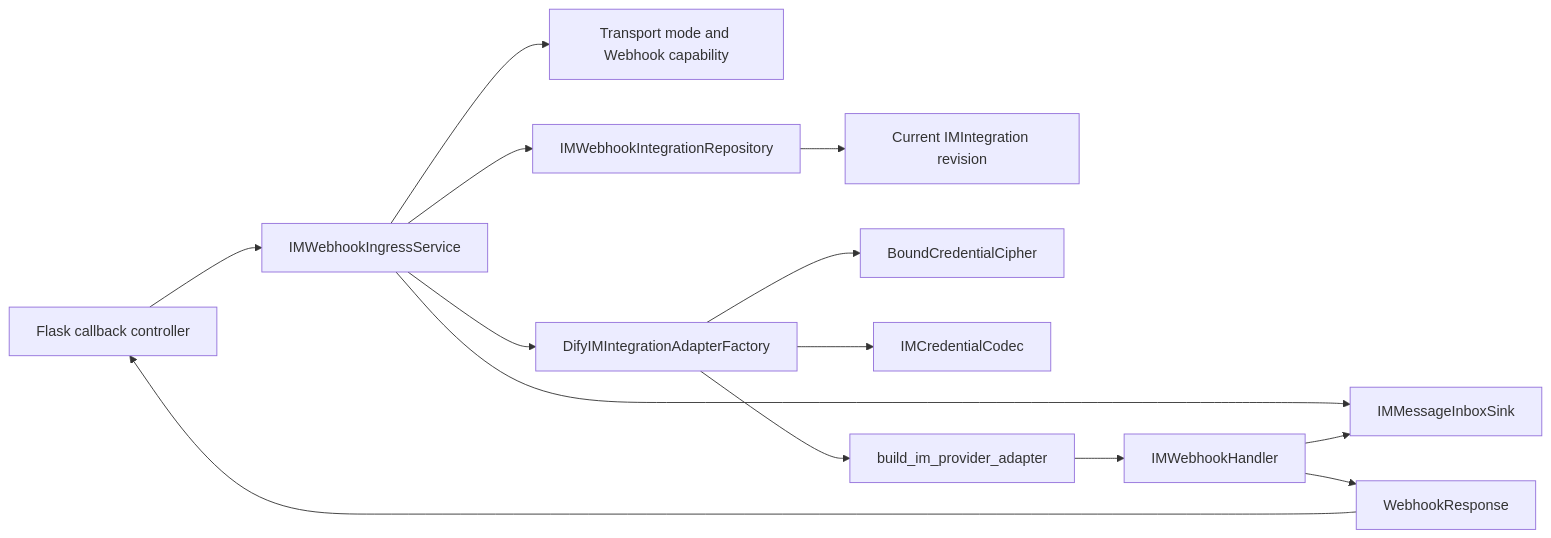
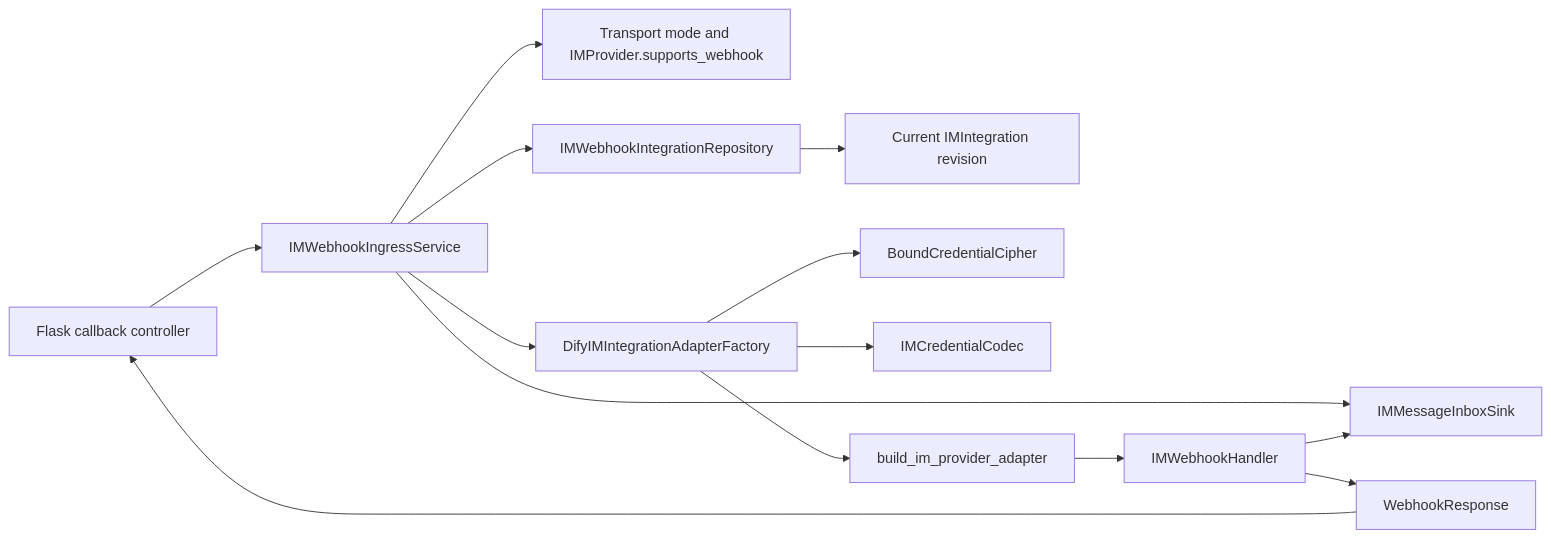
One commit to langgenius/dify changed the diagram in openspec/changes/add-im-provider-webhook-ingress/design.md. Above: the diagram before and after it, drawn with Mermaid. The commit also changed other lines of this file and 4 other files, not shown here.

Commit message:
docs(openspec): refine IM webhook capability handling

````diff
--- a/openspec/changes/add-im-provider-webhook-ingress/design.md
+++ b/openspec/changes/add-im-provider-webhook-ingress/design.md
@@ -93,16 +95,16 @@
 ```mermaid
 flowchart LR
     HTTP["Flask callback controller"] --> Service["IMWebhookIngressService"]
-    Service --> Mode["Transport mode and Webhook capability"]
+    Service --> Mode["Transport mode and IMProvider.supports_webhook"]
     Service --> Route["IMWebhookIntegrationRepository"]
     Route --> Integration["Current IMIntegration revision"]
     Service --> Factory["DifyIMIntegrationAdapterFactory"]
     Factory --> Cipher["BoundCredentialCipher"]
     Factory --> Codec["IMCredentialCodec"]
     Factory --> Builder["build_im_provider_adapter"]
     Builder --> Handler["IMWebhookHandler"]
     Service --> Sink["IMMessageInboxSink"]
     Handler --> Sink
     Handler --> Response["WebhookResponse"]
     Response --> HTTP
 ```
````
